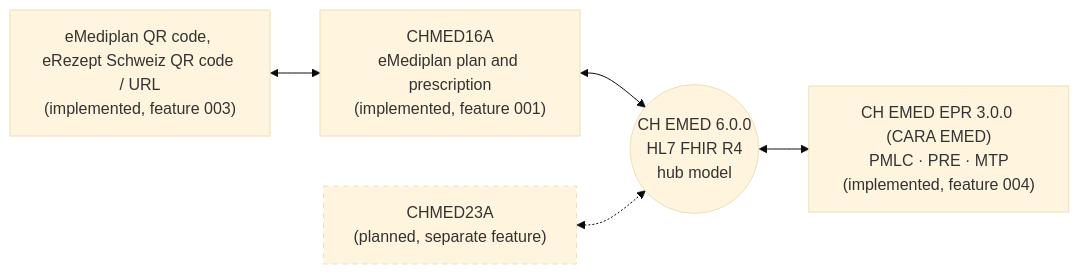
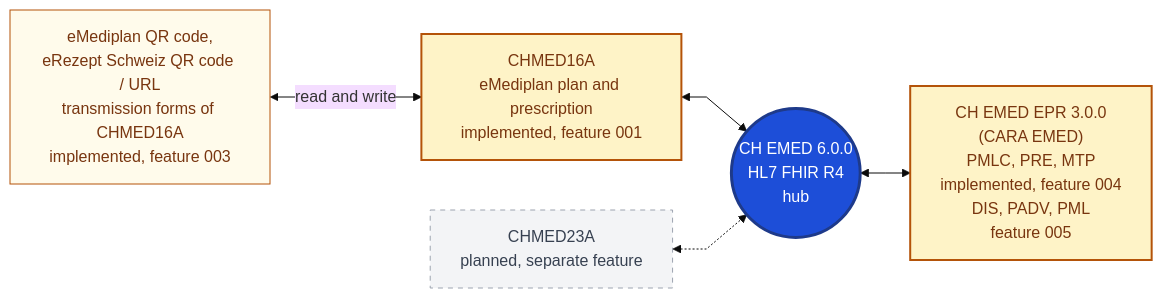
The fourth of 4 diagrams in docs/architecture.md (ehealthsuisse/ch-emed-converter), drawn with Mermaid (base theme) before and after one commit. The commit also changed other lines of this file and 18 other files, not shown here.

First line of the commit message:
Feature 005: US3 (DIS, PADV, PML through CLI and REST), architecture

````diff
--- a/docs/architecture.md
+++ b/docs/architecture.md
@@ -155,16 +186,24 @@
 ```mermaid
+%%{init: {"flowchart": {"curve": "linear"}}}%%
 flowchart LR
-    CHMED16A["CHMED16A<br/>eMediplan plan and prescription<br/>(implemented, feature 001)"]
-    HUB(("CH EMED 6.0.0<br/>HL7 FHIR R4<br/>hub model"))
-    CHMED23A["CHMED23A<br/>(planned, separate feature)"]
-    ERX["eMediplan QR code, eRezept Schweiz QR code / URL<br/>(implemented, feature 003)"]
-    EPR["CH EMED EPR 3.0.0 (CARA EMED)<br/>PMLC · PRE · MTP<br/>(implemented, feature 004)"]
+    ERX["eMediplan QR code,<br/>eRezept Schweiz QR code / URL<br/>transmission forms of CHMED16A<br/>implemented, feature 003"]
+    CHMED16A["CHMED16A<br/>eMediplan plan and prescription<br/>implemented, feature 001"]
+    CHMED23A["CHMED23A<br/>planned, separate feature"]
+    HUB(("CH EMED 6.0.0<br/>HL7 FHIR R4<br/>hub"))
+    EPR["CH EMED EPR 3.0.0<br/>(CARA EMED)<br/>PMLC, PRE, MTP<br/>implemented, feature 004<br/>DIS, PADV, PML<br/>feature 005"]
 
+    ERX <-->|read and write| CHMED16A
     CHMED16A <--> HUB
     CHMED23A <-.-> HUB
-    ERX <--> CHMED16A
     HUB <--> EPR
 
-    classDef planned stroke-dasharray: 5 5
+    classDef hub fill:#1d4ed8,stroke:#1e3a8a,stroke-width:3px,color:#ffffff
+    classDef plugin fill:#fef3c7,stroke:#b45309,stroke-width:2px,color:#78350f
+    classDef form fill:#fffbeb,stroke:#b45309,color:#78350f
+    classDef planned fill:#f3f4f6,stroke:#9ca3af,color:#374151,stroke-dasharray: 5 5
+
+    class HUB hub
+    class CHMED16A,EPR plugin
+    class ERX form
     class CHMED23A planned
 ```
````
